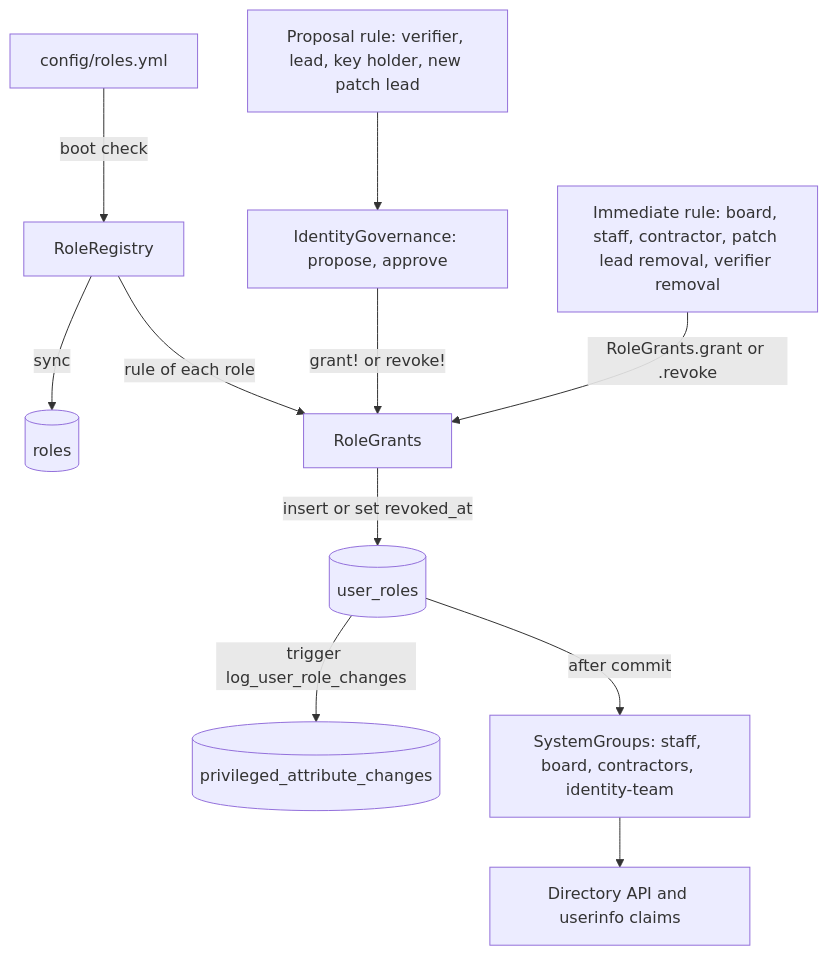
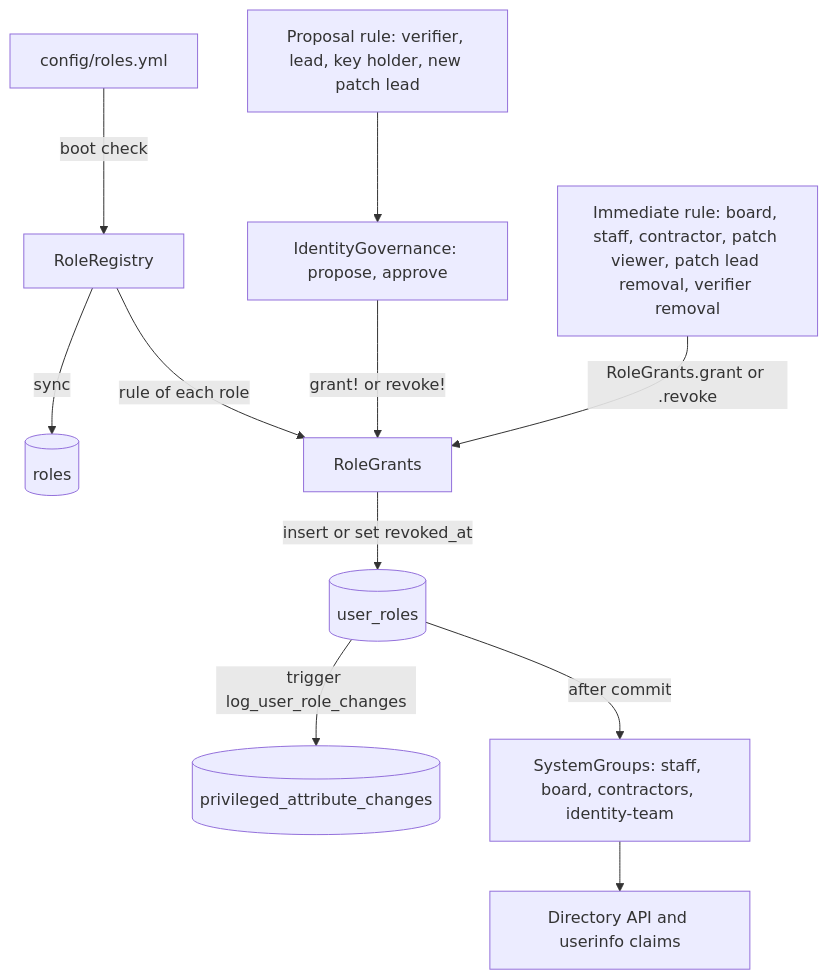
The eighth of 27 diagrams in docs/KYC.md (patchworklabsorg/weave), drawn with Mermaid before and after one commit. The commit also changed other lines of this file and 41 other files, not shown here.

````diff
--- a/docs/KYC.md
+++ b/docs/KYC.md
@@ -423,13 +425,13 @@
 ```mermaid
 flowchart TD
   C[config/roles.yml] -->|boot check| R[RoleRegistry]
   R -->|sync| RT[(roles)]
   R -->|rule of each role| G[RoleGrants]
   P[Proposal rule: verifier, lead, key holder, new patch lead] --> IG[IdentityGovernance: propose, approve]
   IG -->|grant! or revoke!| G
-  I[Immediate rule: board, staff, contractor, patch lead removal, verifier removal] -->|RoleGrants.grant or .revoke| G
+  I[Immediate rule: board, staff, contractor, patch viewer, patch lead removal, verifier removal] -->|RoleGrants.grant or .revoke| G
   G -->|insert or set revoked_at| UR[(user_roles)]
   UR -->|trigger log_user_role_changes| L[(privileged_attribute_changes)]
   UR -->|after commit| SG[SystemGroups: staff, board, contractors, identity-team]
   SG --> D[Directory API and userinfo claims]
 ```
````
